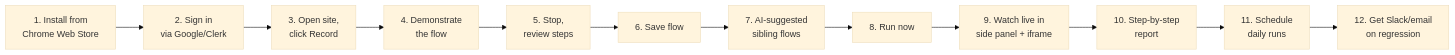
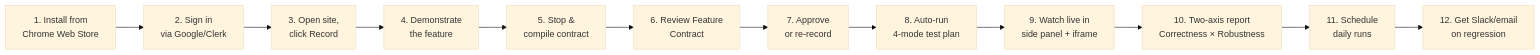
Before and after one commit to RushikeshTammewar/flowlens: the first of 6 diagrams in docs/v3/HLD.md, drawn with Mermaid (base theme). The commit also changed other lines of this file, not shown here.

First line of the commit message:
v3 docs: HLD rewrite — AI senior-QA pipeline (contract + 4-mode + two-axis)

````diff
--- a/docs/v3/HLD.md
+++ b/docs/v3/HLD.md
@@ -55,14 +65,14 @@
 ```mermaid
 flowchart LR
     S1[1. Install from<br/>Chrome Web Store] --> S2[2. Sign in<br/>via Google/Clerk]
     S2 --> S3[3. Open site,<br/>click Record]
-    S3 --> S4[4. Demonstrate<br/>the flow]
-    S4 --> S5[5. Stop,<br/>review steps]
-    S5 --> S6[6. Save flow]
-    S6 --> S7[7. AI-suggested<br/>sibling flows]
-    S7 --> S8[8. Run now]
+    S3 --> S4[4. Demonstrate<br/>the feature]
+    S4 --> S5[5. Stop &<br/>compile contract]
+    S5 --> S6[6. Review Feature<br/>Contract]
+    S6 --> S7[7. Approve<br/>or re-record]
+    S7 --> S8[8. Auto-run<br/>4-mode test plan]
     S8 --> S9[9. Watch live in<br/>side panel + iframe]
-    S9 --> S10[10. Step-by-step<br/>report]
+    S9 --> S10[10. Two-axis report<br/>Correctness × Robustness]
     S10 --> S11[11. Schedule<br/>daily runs]
     S11 --> S12[12. Get Slack/email<br/>on regression]
 ```
````
